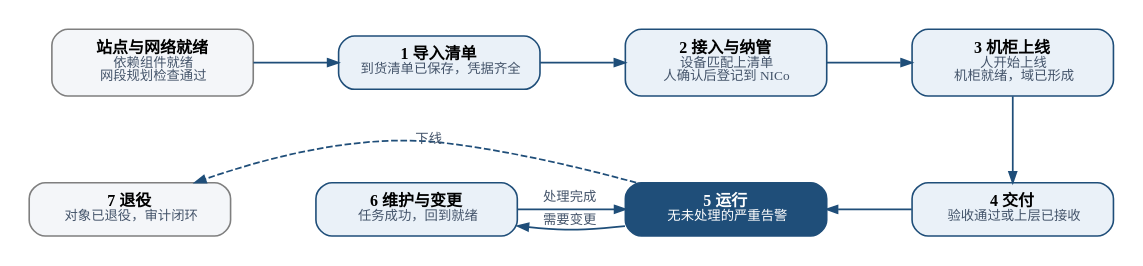
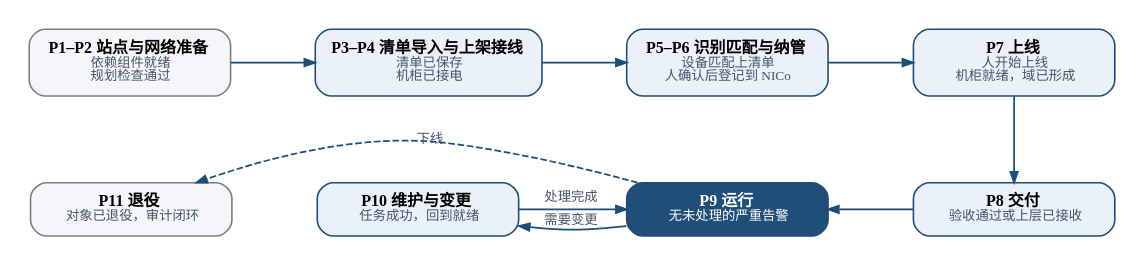
The diagram in docs/design/figures/workflow.dot (DaoCloud/PXEye), drawn with Graphviz before and after one commit. The commit also changed 11 other files, not shown here.

```diff
--- a/docs/design/figures/workflow.dot
+++ b/docs/design/figures/workflow.dot
@@ -1,18 +1,18 @@
 digraph G {
   graph [rankdir=TB, fontname="PingFang SC", nodesep=0.45, ranksep=0.75, bgcolor="white", pad=0.2];
   node  [shape=box, style="rounded,filled", fontname="PingFang SC", fontsize=12, color="#1F4E79", fillcolor="#EAF1F8", penwidth=1.2, margin="0.16,0.12", width=2.1];
   edge  [fontname="PingFang SC", fontsize=10, color="#1F4E79", fontcolor="#44546A", arrowsize=0.8, penwidth=1.3];
-  s0 [fillcolor="#F4F6F9", color="#7F7F7F", label=<<b>站点与网络就绪</b><br/><font point-size="10" color="#44546A">依赖组件就绪<br/>网段规划检查通过</font>>];
-  s1 [label=<<b>1 导入清单</b><br/><font point-size="10" color="#44546A">到货清单已保存，凭据齐全</font>>];
-  s2 [label=<<b>2 接入与纳管</b><br/><font point-size="10" color="#44546A">设备匹配上清单<br/>人确认后登记到 NICo</font>>];
-  s3 [label=<<b>3 机柜上线</b><br/><font point-size="10" color="#44546A">人开始上线<br/>机柜就绪，域已形成</font>>];
-  s4 [label=<<b>4 交付</b><br/><font point-size="10" color="#44546A">验收通过或上层已接收</font>>];
-  s5 [fillcolor="#1F4E79", fontcolor="white", label=<<b>5 运行</b><br/><font point-size="10">无未处理的严重告警</font>>];
-  s6 [label=<<b>6 维护与变更</b><br/><font point-size="10" color="#44546A">任务成功，回到就绪</font>>];
-  s7 [fillcolor="#F4F6F9", color="#7F7F7F", label=<<b>7 退役</b><br/><font point-size="10" color="#44546A">对象已退役，审计闭环</font>>];
+  s0 [fillcolor="#F4F6F9", color="#7F7F7F", label=<<b>P1–P2 站点与网络准备</b><br/><font point-size="10" color="#44546A">依赖组件就绪<br/>规划检查通过</font>>];
+  s1 [label=<<b>P3–P4 清单导入与上架接线</b><br/><font point-size="10" color="#44546A">清单已保存<br/>机柜已接电</font>>];
+  s2 [label=<<b>P5–P6 识别匹配与纳管</b><br/><font point-size="10" color="#44546A">设备匹配上清单<br/>人确认后登记到 NICo</font>>];
+  s3 [label=<<b>P7 上线</b><br/><font point-size="10" color="#44546A">人开始上线<br/>机柜就绪，域已形成</font>>];
+  s4 [label=<<b>P8 交付</b><br/><font point-size="10" color="#44546A">验收通过或上层已接收</font>>];
+  s5 [fillcolor="#1F4E79", fontcolor="white", label=<<b>P9 运行</b><br/><font point-size="10">无未处理的严重告警</font>>];
+  s6 [label=<<b>P10 维护与变更</b><br/><font point-size="10" color="#44546A">任务成功，回到就绪</font>>];
+  s7 [fillcolor="#F4F6F9", color="#7F7F7F", label=<<b>P11 退役</b><br/><font point-size="10" color="#44546A">对象已退役，审计闭环</font>>];
   {rank=same; s0 -> s1 -> s2 -> s3}
   s3 -> s4;
   {rank=same; s7 -> s6 [style=invis]; s6 -> s5 [label="  处理完成  "]; s5 -> s4 [dir=back]}
   s5 -> s6 [label="  需要变更  ", constraint=false];
   s5 -> s7 [constraint=false, style=dashed, label="下线"];
 }
```
